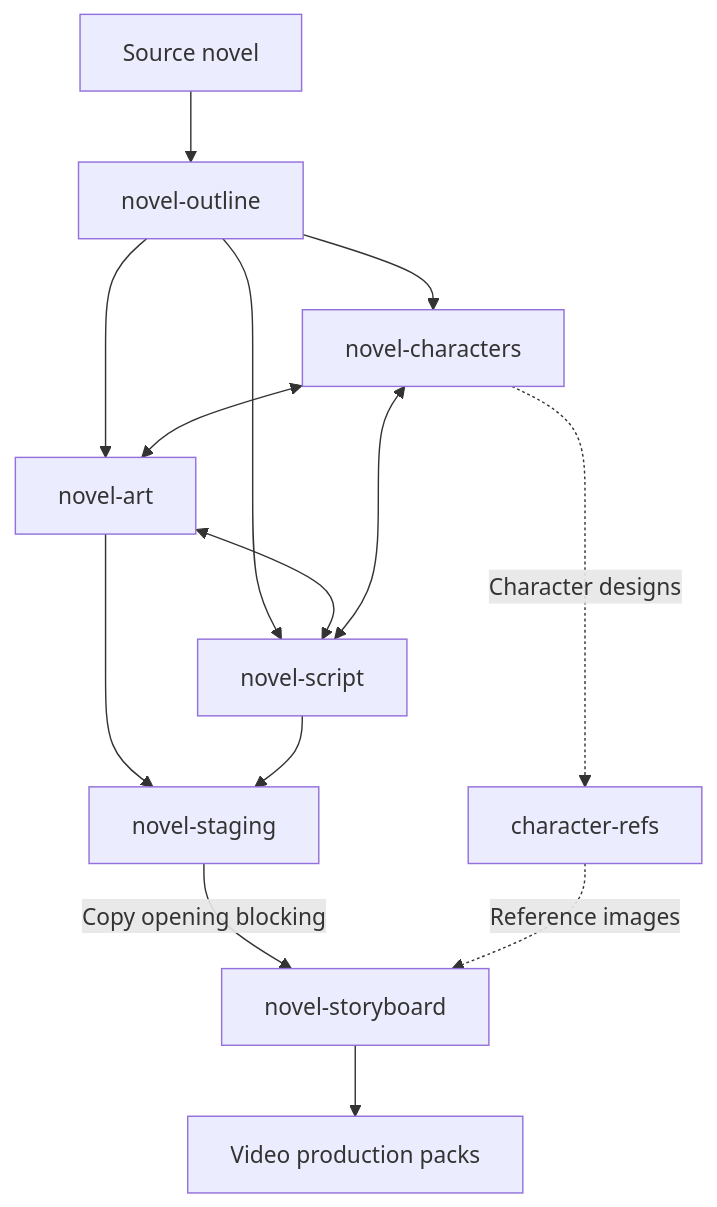
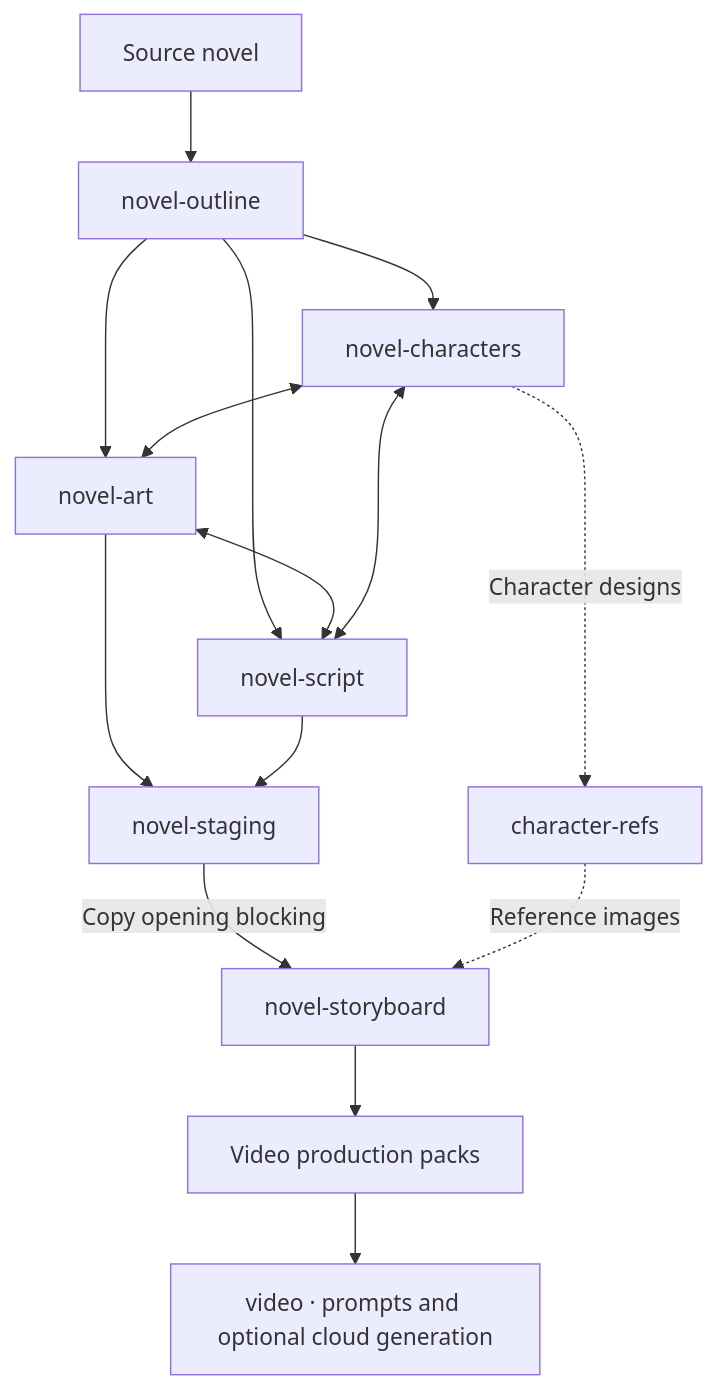
Before and after one commit to andnls100/shuohao-python-agen: the diagram in README.md, drawn with Mermaid. The commit also changed other lines of this file, not shown here.

Commit message:
Document video stage in English README

````diff
--- a/README.md
+++ b/README.md
@@ -10,16 +10,17 @@
 ```mermaid
 flowchart TD
     novel[Source novel] --> outline[novel-outline]
     outline --> characters[novel-characters]
     outline --> art[novel-art]
     outline --> script[novel-script]
     characters <--> art
     art <--> script
     script <--> characters
     characters -. Character designs .-> refs[character-refs]
     art --> staging[novel-staging]
     script --> staging
     staging -->|Copy opening blocking| storyboard[novel-storyboard]
     refs -. Reference images .-> storyboard
     storyboard --> production[Video production packs]
+    production --> video[video · prompts and optional cloud generation]
 ```
````
